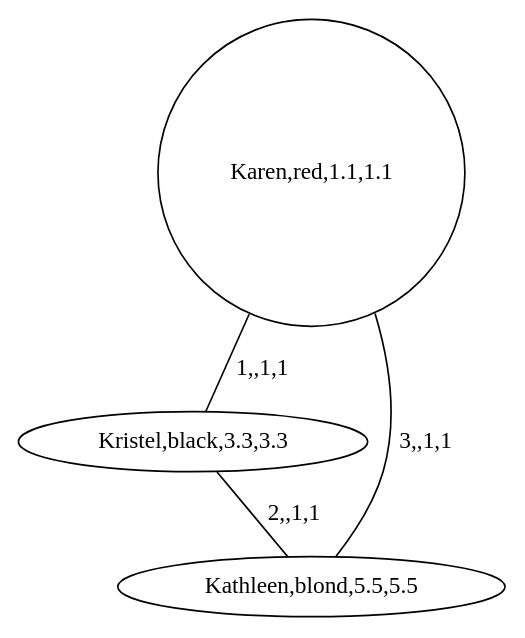
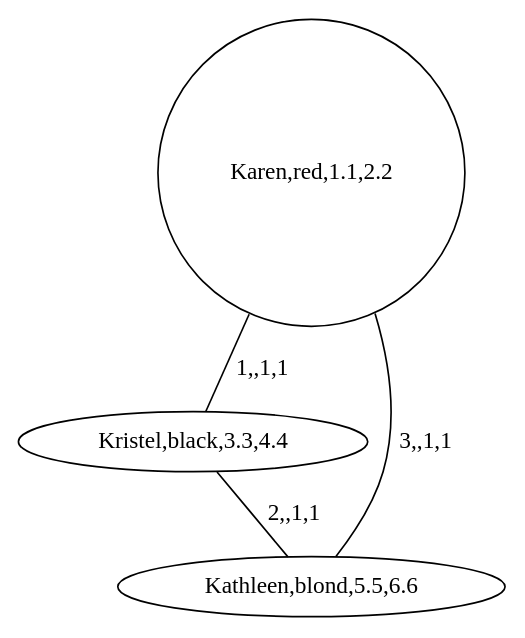
The diagram in BoostGraphTutorial/create_custom_and_selectable_edges_and_vertices_k3_graph.dot (richelbilderbeek/boost_graph_cookbook_1), drawn with Graphviz before and after one commit. The commit also changed 69 other files, not shown here.

```diff
--- a/BoostGraphTutorial/create_custom_and_selectable_edges_and_vertices_k3_graph.dot
+++ b/BoostGraphTutorial/create_custom_and_selectable_edges_and_vertices_k3_graph.dot
@@ -1,8 +1,8 @@
 graph G {
-0[label="Karen,red,1.1,1.1", regular="1"];
-1[label="Kristel,black,3.3,3.3", regular="0"];
-2[label="Kathleen,blond,5.5,5.5", regular="0"];
+0[label="Karen,red,1.1,2.2", regular="1"];
+1[label="Kristel,black,3.3,4.4", regular="0"];
+2[label="Kathleen,blond,5.5,6.6", regular="0"];
 0--1 [label="1,,1,1", regular="0"];
 1--2 [label="2,,1,1", regular="0"];
 2--0 [label="3,,1,1", regular="0"];
 }
```
